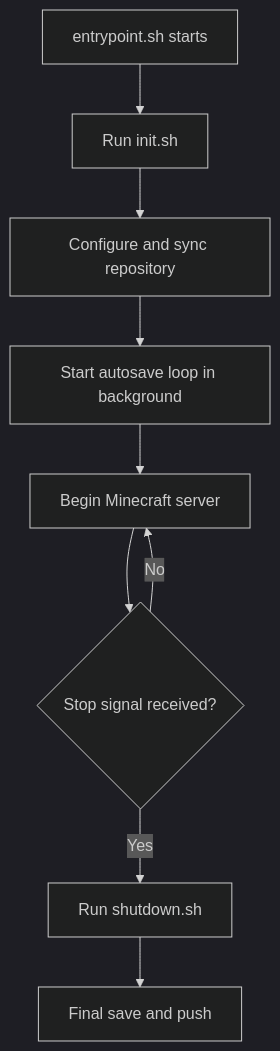
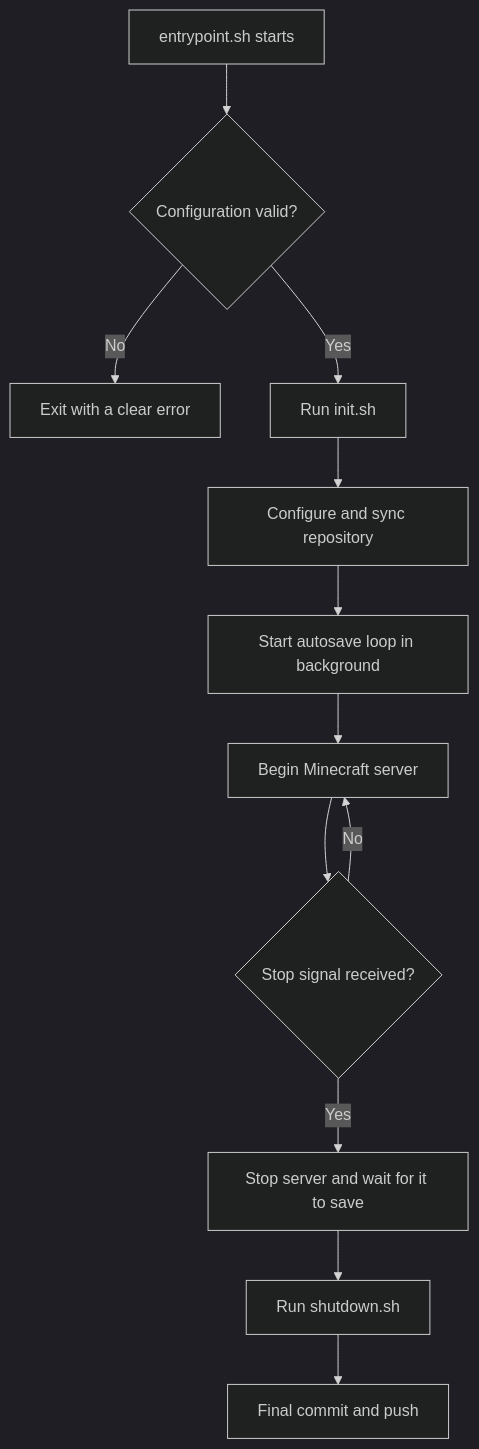
One commit to danieltorquatof/blog changed the third of 3 diagrams in posts/reliable-automation-pipelines-persistent-game-worlds/index.qmd. Above: the diagram before and after it, drawn with Mermaid (dark theme). The commit also changed other lines of this file and 1 other file, not shown here.

````diff
--- a/posts/reliable-automation-pipelines-persistent-game-worlds/index.qmd
+++ b/posts/reliable-automation-pipelines-persistent-game-worlds/index.qmd
@@ -253,22 +295,28 @@
 ```{mermaid}
 %%| fig-align: center
 %%| fig-width: 100%
 flowchart TB;
   A[entrypoint.sh starts]
+  V{Configuration valid?}
+  X[Exit with a clear error]
   B[Run init.sh]
   C[Configure and sync repository]
   D[Start autosave loop in background]
   E[Begin Minecraft server]
   F{Stop signal received?}
+  S[Stop server and wait for it to save]
   G[Run shutdown.sh]
-  H[Final save and push]
+  H[Final commit and push]
 
-  A --> B
+  A --> V
+  V -- No --> X
+  V -- Yes --> B
   B --> C
   C --> D
   D --> E
   E --> F
-  F -- Yes --> G
+  F -- Yes --> S
+  S --> G
   G --> H
   F -- No --> E
 ```
````
